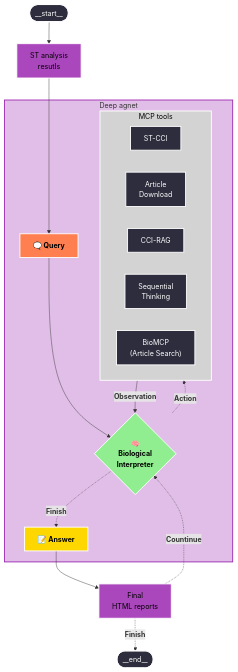
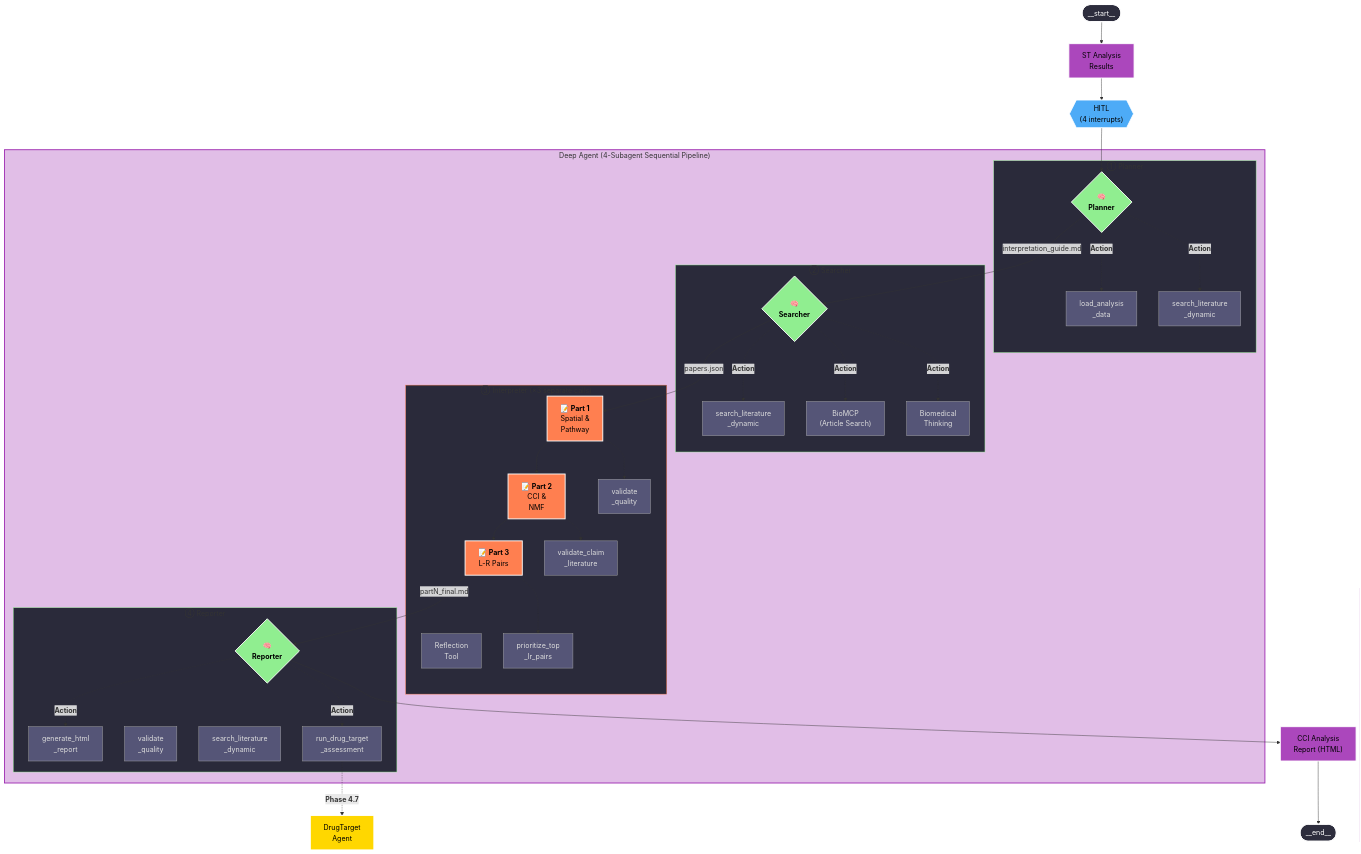
One commit to junghyunJJ/DeepMAST changed the diagram in agent_architecture/3.biological_interpretor.mermaid. Above: the diagram before and after it, drawn with Mermaid. The commit also changed 111 other files, not shown here.

Commit message:
paper.json update;.drug_target stage2(OT, gwas) metadatadownload

```diff
--- a/agent_architecture/3.biological_interpretor.mermaid
+++ b/agent_architecture/3.biological_interpretor.mermaid
@@ -1,65 +1,99 @@
 graph TD
-    %% Node
+    %% Nodes
     __start__([<p>__start__</p>]):::first
-    
-    sc_data["ST analysis<br/>resutls"]
 
+    st_data["ST Analysis<br/>Results"]
+    hitl_node{{"HITL<br/>(4 interrupts)"}}
 
-    subgraph react_agent2["Deep agnet"]
-        Query2[<b>🗨️ Query</b>]
-        Thinking2{<b>🧠<br/>Biological<br/>Interpreter</b>}
-        Tool2[<b>🔧 Tool</b>]
-        Answer2[<b>📝 Answer</b>]
-        
-        Query2 --> Thinking2
-        Thinking2 -.->|<b>Action</b>| Tool2
-        Thinking2 -.->|<b>Finish</b>| Answer2
-        Tool2 -->|<b>Observation</b>| Thinking2
+    subgraph deep_agent["Deep Agent (4-Subagent Sequential Pipeline)"]
 
-        subgraph Tool2[MCP tools]
-            mcp_cci[ST-CCI]
-            mcp_down[Article<br/>Download]
-            mcp_rag[CCI-RAG]
-            mcp_st2[Sequential<br/>Thinking]
-            mcp_biomcp["BioMCP<br/>(Article Search)"]
-            
+        subgraph planner_group["① Planner"]
+            Planner{<b>🧠<br/>Planner</b>}
+            pt1[load_analysis<br/>_data]
+            pt2[search_literature<br/>_dynamic]
+
+            Planner -.->|<b>Action</b>| pt1
+            Planner -.->|<b>Action</b>| pt2
         end
+
+        subgraph searcher_group["② Searcher"]
+            Searcher{<b>🧠<br/>Searcher</b>}
+            st1[search_literature<br/>_dynamic]
+            st2["BioMCP<br/>(Article Search)"]
+            st3[Biomedical<br/>Thinking]
+
+            Searcher -.->|<b>Action</b>| st1
+            Searcher -.->|<b>Action</b>| st2
+            Searcher -.->|<b>Action</b>| st3
+        end
+
+        subgraph interp_group["③ Interpreter (×3 separate calls)"]
+            Interp1[<b>📝 Part 1</b><br/>Spatial &<br/>Pathway]
+            Interp2[<b>📝 Part 2</b><br/>CCI &<br/>NMF]
+            Interp3[<b>📝 Part 3</b><br/>L-R Pairs]
+            it1[validate<br/>_quality]
+            it2[validate_claim<br/>_literature]
+            it3[Reflection<br/>Tool]
+            it4[prioritize_top<br/>_lr_pairs]
+
+            Interp1 -.-> it1
+            Interp2 -.-> it2
+            Interp3 -.-> it4
+        end
+
+        subgraph reporter_group["④ Reporter"]
+            Reporter{<b>🧠<br/>Reporter</b>}
+            rt1[generate_html<br/>_report]
+            rt2[validate<br/>_quality]
+            rt3[search_literature<br/>_dynamic]
+            rt4[run_drug_target<br/>_assessment]
+
+            Reporter -.->|<b>Action</b>| rt1
+            Reporter -.->|<b>Action</b>| rt4
+        end
+
+        %% Sequential pipeline flow
+        Planner -->|interpretation_guide.md| Searcher
+        Searcher -->|papers.json| Interp1
+        Interp1 --> Interp2
+        Interp2 --> Interp3
+        Interp3 -->|partN_final.md| Reporter
     end
 
-    
-    final_report["Final<br/>HTML reports"]
-
+    drug_target["DrugTarget<br/>Agent"]
+    final_report["CCI Analysis<br/>Report (HTML)"]
     __end__([<p>__end__</p>]):::last
 
+    %% Main flow
+    __start__ --> st_data
+    st_data --> hitl_node
+    hitl_node --> Planner
+    rt4 -.->|<b>Phase 4.7</b>| drug_target
+    Reporter --> final_report
+    final_report --> __end__
 
-    %% Flow
-    __start__ --> sc_data
-    sc_data --> Query2
-    Answer2 --> final_report
-
-    final_report -.->|<b>Countinue</b>| Thinking2
-    final_report -.->|<b>Finish</b>| __end__
-
-    %% color
-    classDef validate_infoNode fill:#90ee90,stroke:#fff,stroke-width:2px,color:#000
+    %% Colors (matching 1.pipeline_builder & 2.new_pipeline_executor)
     classDef default fill:#2d2d3d,stroke:#fff,stroke-width:2px,color:#fff
-    classDef queryNode fill:#ff7f50,stroke:#fff,stroke-width:2px,color:#000
     classDef thinkingNode fill:#90ee90,stroke:#fff,stroke-width:2px,color:#000
-    classDef toolNode fill:#d3d3d3,stroke:#fff,stroke-width:2px,color:#000
-    classDef answerNode fill:#ffd700,stroke:#fff,stroke-width:2px,color:#000
+    classDef interpNode fill:#ff7f50,stroke:#fff,stroke-width:2px,color:#000
     classDef inReAtc fill:#ab47bc,stroke:#fff,stroke-width:2px,color:#000
     classDef humanNode fill:#4dabf7,stroke:#fff,stroke-width:2px,color:#000
+    classDef answerNode fill:#ffd700,stroke:#fff,stroke-width:2px,color:#000
+    classDef subtoolNode fill:#555577,stroke:#aaa,stroke-width:1px,color:#ddd
 
+    class st_data,final_report inReAtc
+    class Planner,Searcher,Reporter thinkingNode
+    class Interp1,Interp2,Interp3 interpNode
+    class hitl_node humanNode
+    class drug_target answerNode
+    class pt1,pt2 subtoolNode
+    class st1,st2,st3 subtoolNode
+    class it1,it2,it3,it4 subtoolNode
+    class rt1,rt2,rt3,rt4 subtoolNode
 
-    class sc_data,final_report inReAtc
-    class Platform validate_infoNode
-    class Query1,Query2 queryNode
-    class Thinking1,Thinking2 thinkingNode
-    class Tool1,Tool2 toolNode
-    class Answer1,Answer2 answerNode
-    class human_node humanNode
-
-    %% HITL 선 스타일 (파란 긴 대시)
-    %% linkStyle 11 stroke:#0000FF,stroke-width:2px,stroke-dasharray:15 5
-    style react_agent2 fill:#e1bee7,stroke:#9c27b0,stroke-width:2px
-    %% style react_agent1 fill:#bbdefb,stroke:#1976d2,stroke-width:2px
+    %% Subgraph styles
+    style deep_agent fill:#e1bee7,stroke:#9c27b0,stroke-width:2px
+    style planner_group fill:#2a2a3a,stroke:#90ee90,stroke-width:1px
+    style searcher_group fill:#2a2a3a,stroke:#90ee90,stroke-width:1px
+    style interp_group fill:#2a2a3a,stroke:#ff7f50,stroke-width:1px
+    style reporter_group fill:#2a2a3a,stroke:#90ee90,stroke-width:1px
```
